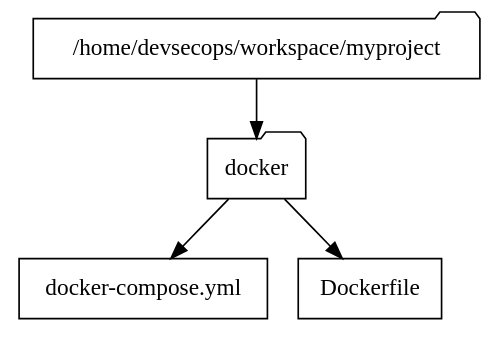
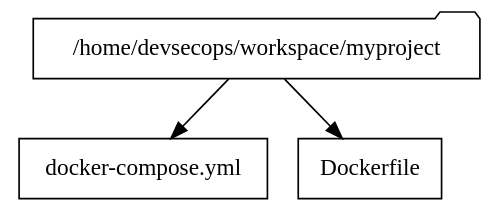
One commit to ajcborges/devsecops-tactical-workbook changed the diagram in book/dot/21-docker.dot. Above: the diagram before and after it, drawn with Graphviz. The commit also changed 14 other files, not shown here.

```diff
--- a/book/dot/21-docker.dot
+++ b/book/dot/21-docker.dot
@@ -1,14 +1,12 @@
 digraph docker {
   size="8,4";
   node [fontname="Helvetica" fontsize=14 shape=box];
   edge [fontname="Symbol" fontsize=10];
 
   framework [shape=folder fontname="Symbol" label="/home/devsecops/workspace/myproject"];
-  docker [shape=folder fontname="Symbol" label="docker"];
   dockercom [fontname="Symbol" label="docker-compose.yml"];
   Dockerfile [fontname="Symbol" label="Dockerfile"];
 
-  framework -> docker;
-  docker -> dockercom;
-  docker -> Dockerfile;
+  framework -> dockercom;
+  framework -> Dockerfile;
 }
```
